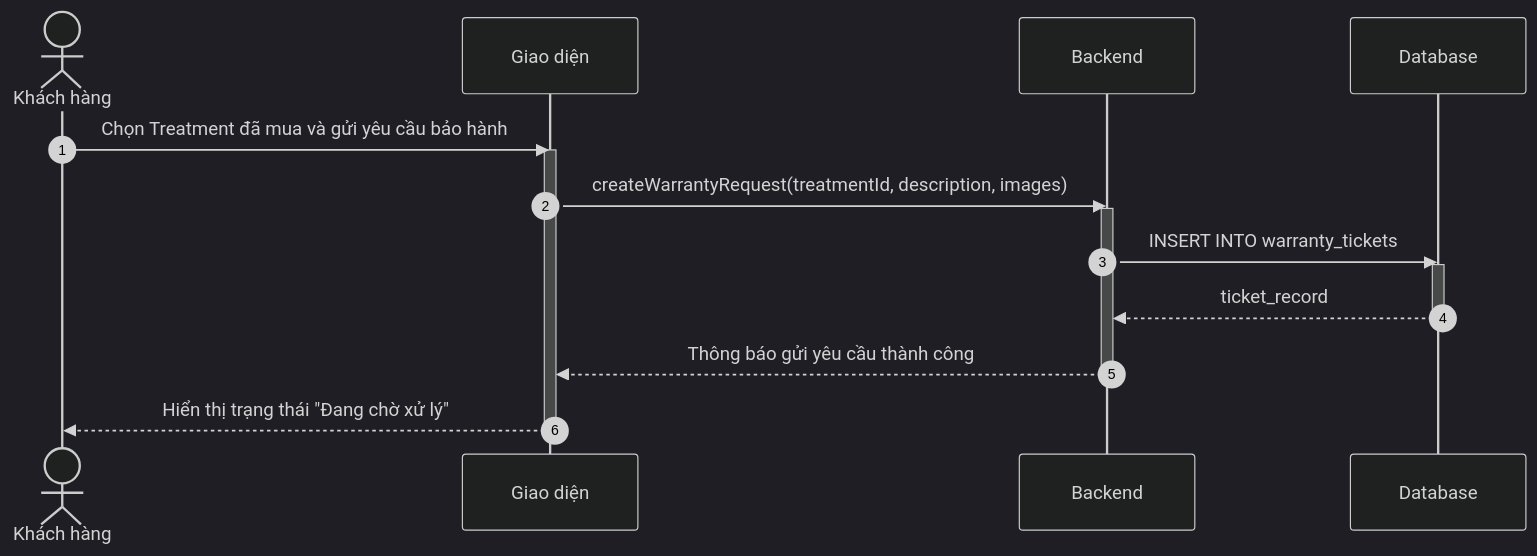
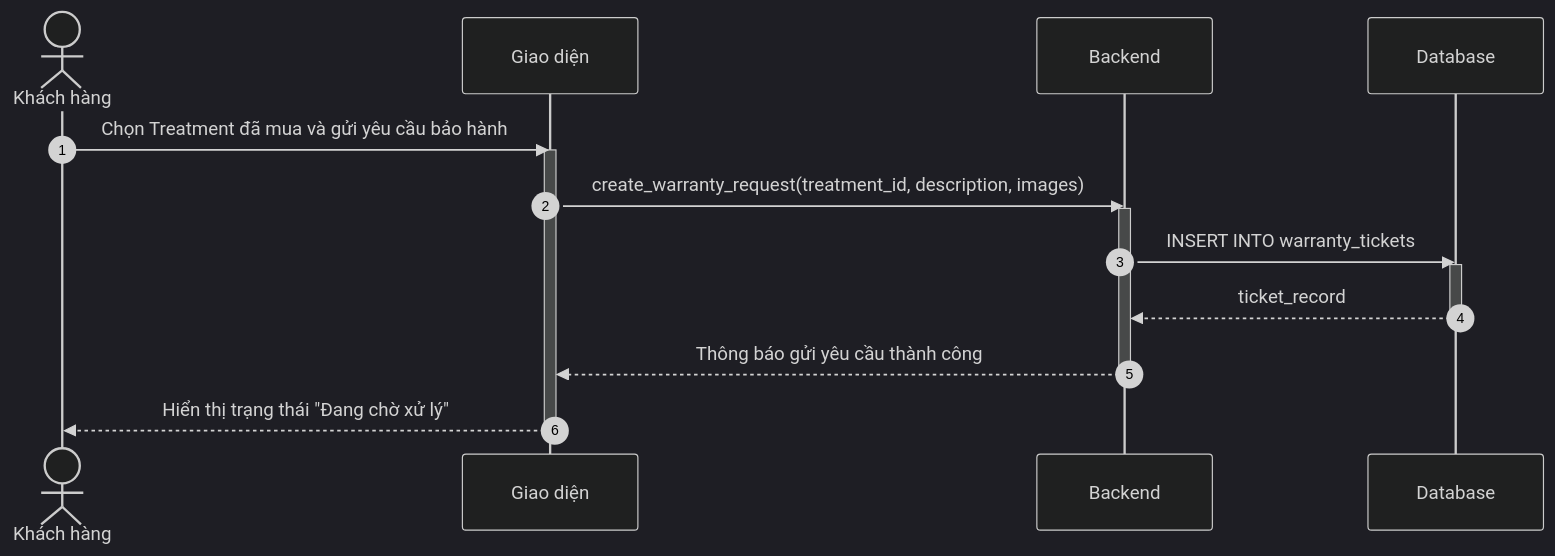
Before and after one commit to ngoctinn/Synapse: the tenth of 10 diagrams in docs/design/sequences/customer_flows.md, drawn with Mermaid (dark theme). The commit also changed other lines of this file and 4 other files, not shown here.

Commit message:
docs: Add activity and sequence diagrams for authentication, customer, receptionist, and technician flows.

````diff
--- a/docs/design/sequences/customer_flows.md
+++ b/docs/design/sequences/customer_flows.md
@@ -325,24 +325,24 @@
 ```mermaid
 sequenceDiagram
     autonumber
     actor KH as Khách hàng
     participant UI as Giao diện
     participant BE as Backend
     participant DB as Database
 
     KH->>UI: Chọn Treatment đã mua và gửi yêu cầu bảo hành
     activate UI
-    UI->>BE: createWarrantyRequest(treatmentId, description, images)
+    UI->>BE: create_warranty_request(treatment_id, description, images)
     activate BE
 
     BE->>DB: INSERT INTO warranty_tickets
     activate DB
     DB-->>BE: ticket_record
     deactivate DB
 
     BE-->>UI: Thông báo gửi yêu cầu thành công
     deactivate BE
 
     UI-->>KH: Hiển thị trạng thái "Đang chờ xử lý"
     deactivate UI
 ```
````
